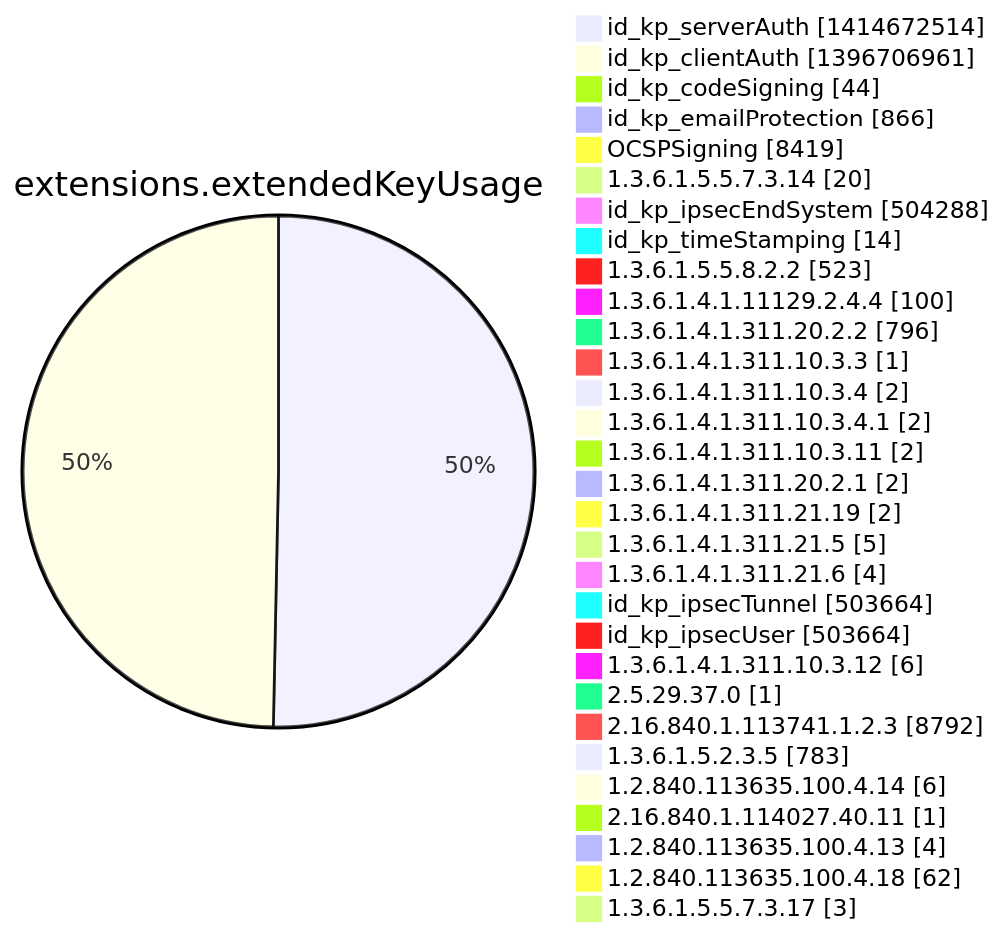
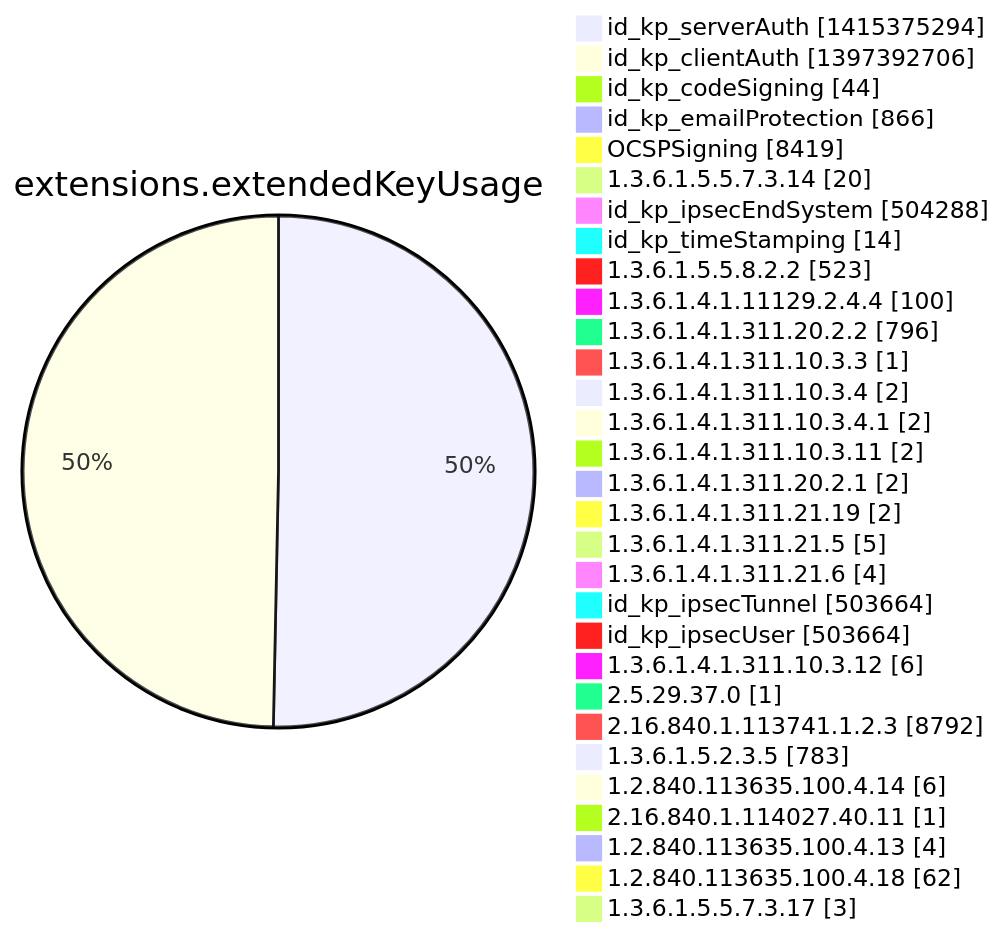
One commit to christiankrug/ctmonitor_visualization changed diagram 12 of 15 in argon2022/README.md. Above: the diagram before and after it, drawn with Mermaid. The commit also changed other lines of this file, not shown here.

````diff
--- a/argon2022/README.md
+++ b/argon2022/README.md
@@ -3554,34 +3554,34 @@
 ```mermaid
 pie showData
 title extensions.extendedKeyUsage
-"id_kp_serverAuth" :1414672514
-"id_kp_clientAuth" :1396706961
+"id_kp_serverAuth" :1415375294
+"id_kp_clientAuth" :1397392706
 "id_kp_codeSigning" :44
 "id_kp_emailProtection" :866
 "OCSPSigning" :8419
 "1.3.6.1.5.5.7.3.14" :20
 "id_kp_ipsecEndSystem" :504288
 "id_kp_timeStamping" :14
 "1.3.6.1.5.5.8.2.2" :523
 "1.3.6.1.4.1.11129.2.4.4" :100
 "1.3.6.1.4.1.311.20.2.2" :796
 "1.3.6.1.4.1.311.10.3.3" :1
 "1.3.6.1.4.1.311.10.3.4" :2
 "1.3.6.1.4.1.311.10.3.4.1" :2
 "1.3.6.1.4.1.311.10.3.11" :2
 "1.3.6.1.4.1.311.20.2.1" :2
 "1.3.6.1.4.1.311.21.19" :2
 "1.3.6.1.4.1.311.21.5" :5
 "1.3.6.1.4.1.311.21.6" :4
 "id_kp_ipsecTunnel" :503664
 "id_kp_ipsecUser" :503664
 "1.3.6.1.4.1.311.10.3.12" :6
 "2.5.29.37.0" :1
 "2.16.840.1.113741.1.2.3" :8792
 "1.3.6.1.5.2.3.5" :783
 "1.2.840.113635.100.4.14" :6
 "2.16.840.1.114027.40.11" :1
 "1.2.840.113635.100.4.13" :4
 "1.2.840.113635.100.4.18" :62
 "1.3.6.1.5.5.7.3.17" :3
 ```
````
